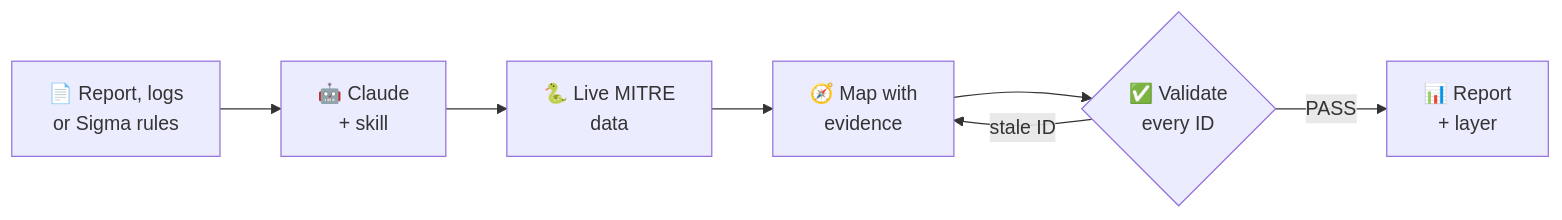
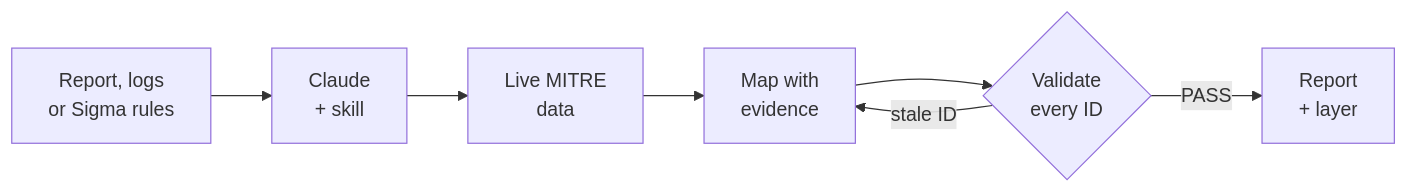
One commit to THARAGESHWARAN-SATHYAMOORTHY/mitre-attack-skill changed the diagram in README.md. Above: the diagram before and after it, drawn with Mermaid. The commit also changed other lines of this file, not shown here.

````diff
--- a/README.md
+++ b/README.md
@@ -181,9 +181,9 @@
 ```mermaid
 flowchart LR
-    A["📄 Report, logs<br/>or Sigma rules"] --> B["🤖 Claude<br/>+ skill"]
-    B --> C["🐍 Live MITRE<br/>data"]
-    C --> D["🧭 Map with<br/>evidence"]
-    D --> E{"✅ Validate<br/>every ID"}
+    A["Report, logs<br/>or Sigma rules"] --> B["Claude<br/>+ skill"]
+    B --> C["Live MITRE<br/>data"]
+    C --> D["Map with<br/>evidence"]
+    D --> E{"Validate<br/>every ID"}
     E -- "stale ID" --> D
-    E -- PASS --> F["📊 Report<br/>+ layer"]
+    E -- PASS --> F["Report<br/>+ layer"]
 ```
````
